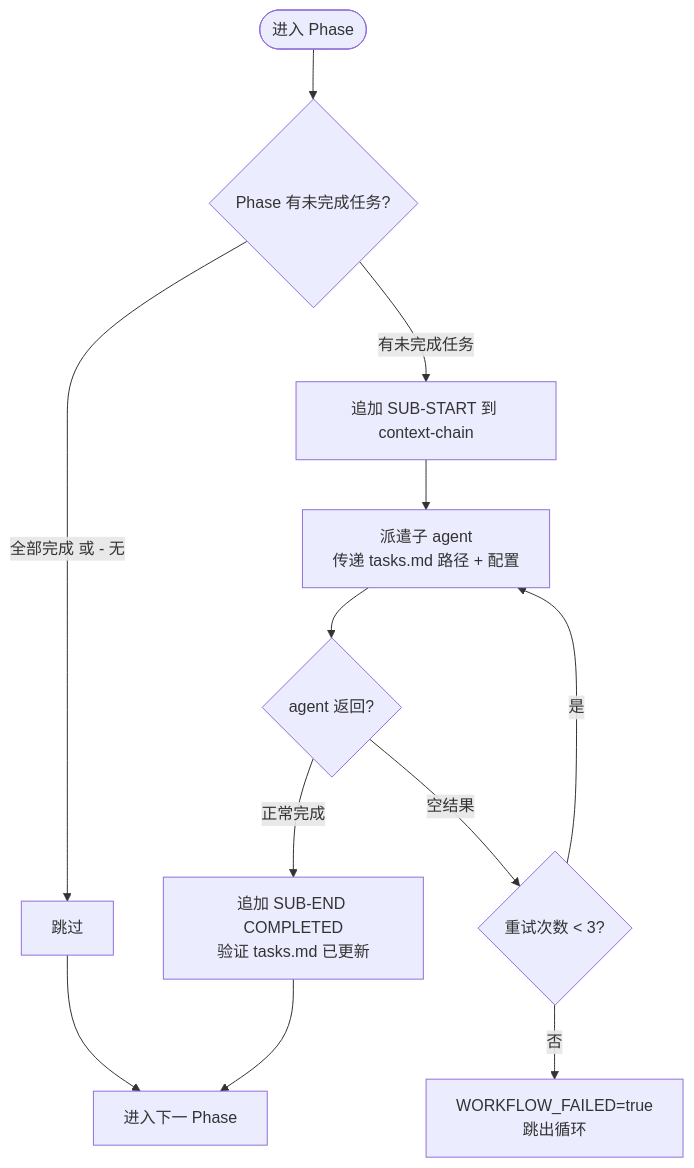
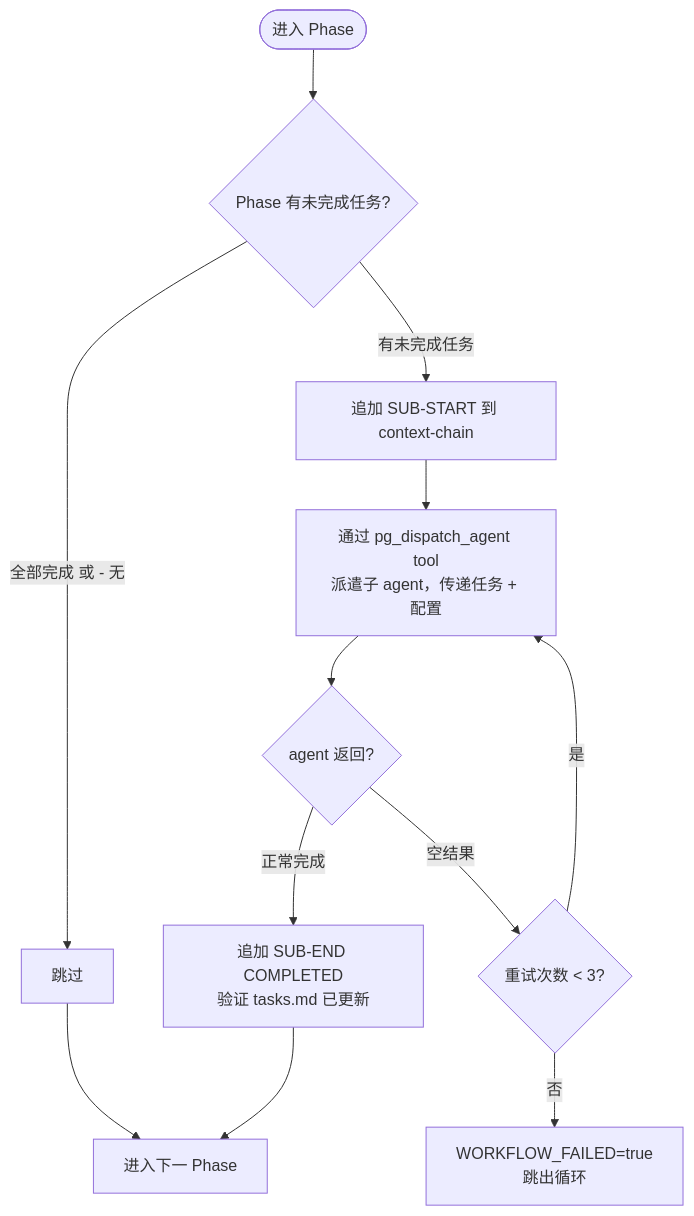
Before and after one commit to shaohq/pg-skills: the second of 5 diagrams in skills/pg-apply-change/diagram.md, drawn with Mermaid. The commit also changed 1 other file, not shown here.

Commit message:
feat: update pg-apply-change SKILL.md for pg_dispatch_agent tool
Replace Task tool / subagent_type dispatch patterns with pg_dispatch_agent
tool invocations across all phase types (simple dispatch, verify dispatch).
Diagram updated to reference the tool.

````diff
--- a/skills/pg-apply-change/diagram.md
+++ b/skills/pg-apply-change/diagram.md
@@ -31,14 +31,14 @@
 ```mermaid
 graph TD
     StartA([进入 Phase]) --> CheckTasks{Phase 有未完成任务?}
     CheckTasks -->|全部完成 或 - 无| Skip[跳过]
     CheckTasks -->|有未完成任务| AppendChain[追加 SUB-START 到 context-chain]
-    AppendChain --> Dispatch[派遣子 agent<br/>传递 tasks.md 路径 + 配置]
+    AppendChain --> Dispatch[通过 pg_dispatch_agent tool<br/>派遣子 agent，传递任务 + 配置]
     Dispatch --> Result{agent 返回?}
     Result -->|正常完成| Ok[追加 SUB-END COMPLETED<br/>验证 tasks.md 已更新]
     Result -->|空结果| Retry{重试次数 < 3?}
     Retry -->|是| Dispatch
     Retry -->|否| Fail[WORKFLOW_FAILED=true<br/>跳出循环]
     Ok --> Next[进入下一 Phase]
     Skip --> Next
 ```
````
